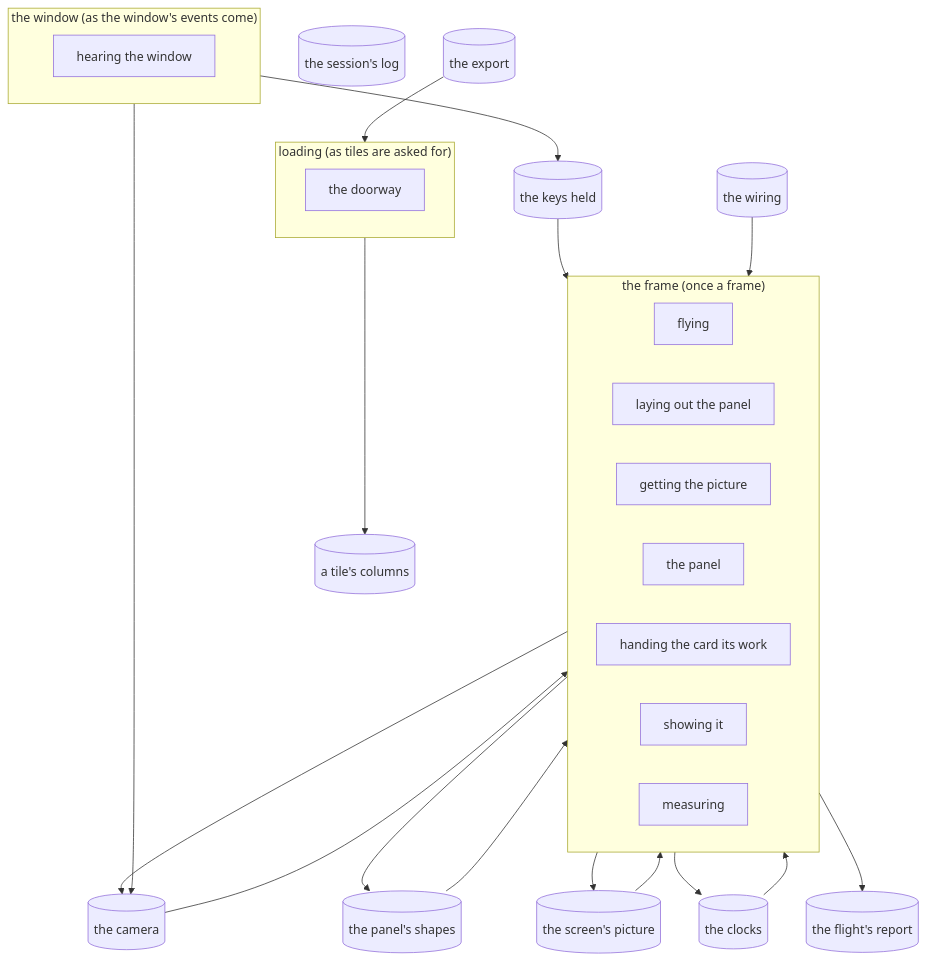
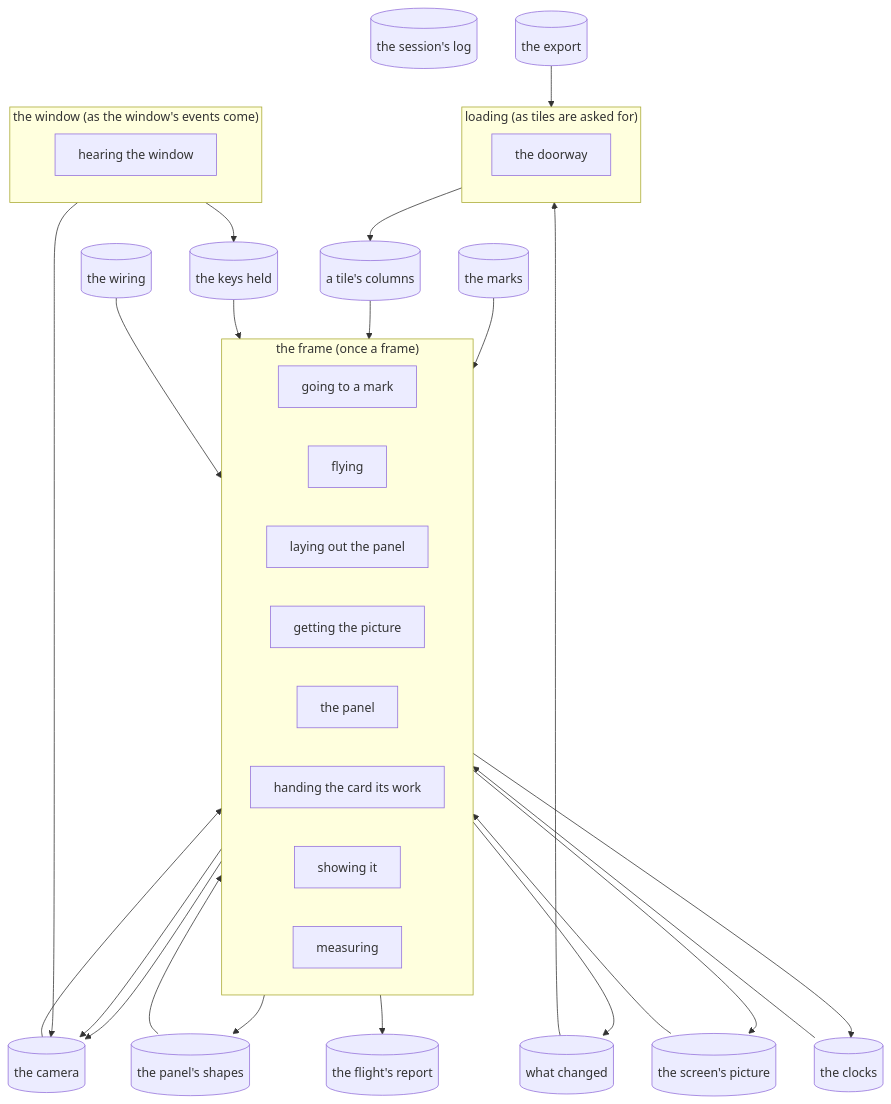
One commit to david138collins/incus-artus changed the diagram in master/map.md. Above: the diagram before and after it, drawn with Mermaid. The commit also changed other lines of this file and 8 other files, not shown here.

````diff
--- a/master/map.md
+++ b/master/map.md
@@ -11,46 +11,54 @@
 ```mermaid
 flowchart TB
   subgraph lane_the_window["the window (as the window's events come)"]
     direction LR
     pass_hearing_the_window["hearing the window"]
   end
   subgraph lane_the_frame["the frame (once a frame)"]
     direction LR
+    pass_going_to_a_mark["going to a mark"]
     pass_flying["flying"]
     pass_laying_out_the_panel["laying out the panel"]
     pass_getting_the_picture["getting the picture"]
     pass_the_panel["the panel"]
     pass_handing_the_card_its_work["handing the card its work"]
     pass_showing_it["showing it"]
     pass_measuring["measuring"]
   end
   subgraph lane_loading["loading (as tiles are asked for)"]
     direction LR
     pass_the_doorway["the doorway"]
   end
   store_the_keys_held[("the keys held")]
   store_the_camera[("the camera")]
   store_the_clocks[("the clocks")]
   store_the_wiring[("the wiring")]
   store_the_panel_s_shapes[("the panel's shapes")]
   store_the_screen_s_picture[("the screen's picture")]
   store_the_flight_s_report[("the flight's report")]
   store_the_session_s_log[("the session's log")]
   store_the_export[("the export")]
   store_a_tile_s_columns[("a tile's columns")]
+  store_the_marks[("the marks")]
+  store_what_changed[("what changed")]
   pass_hearing_the_window --> store_the_keys_held
   pass_hearing_the_window --> store_the_camera
+  store_the_marks --> pass_going_to_a_mark
+  store_a_tile_s_columns --> pass_going_to_a_mark
+  pass_going_to_a_mark --> store_the_camera
+  pass_going_to_a_mark --> store_what_changed
   store_the_keys_held --> pass_flying
   pass_flying --> store_the_camera
   store_the_camera --> pass_laying_out_the_panel
   store_the_clocks --> pass_laying_out_the_panel
   store_the_wiring --> pass_laying_out_the_panel
   pass_laying_out_the_panel --> store_the_panel_s_shapes
   store_the_panel_s_shapes --> pass_the_panel
   pass_the_panel --> store_the_screen_s_picture
   store_the_screen_s_picture --> pass_showing_it
   pass_measuring --> store_the_clocks
   pass_measuring --> store_the_flight_s_report
   store_the_export --> pass_the_doorway
+  store_what_changed --> pass_the_doorway
   pass_the_doorway --> store_a_tile_s_columns
 ```
````
